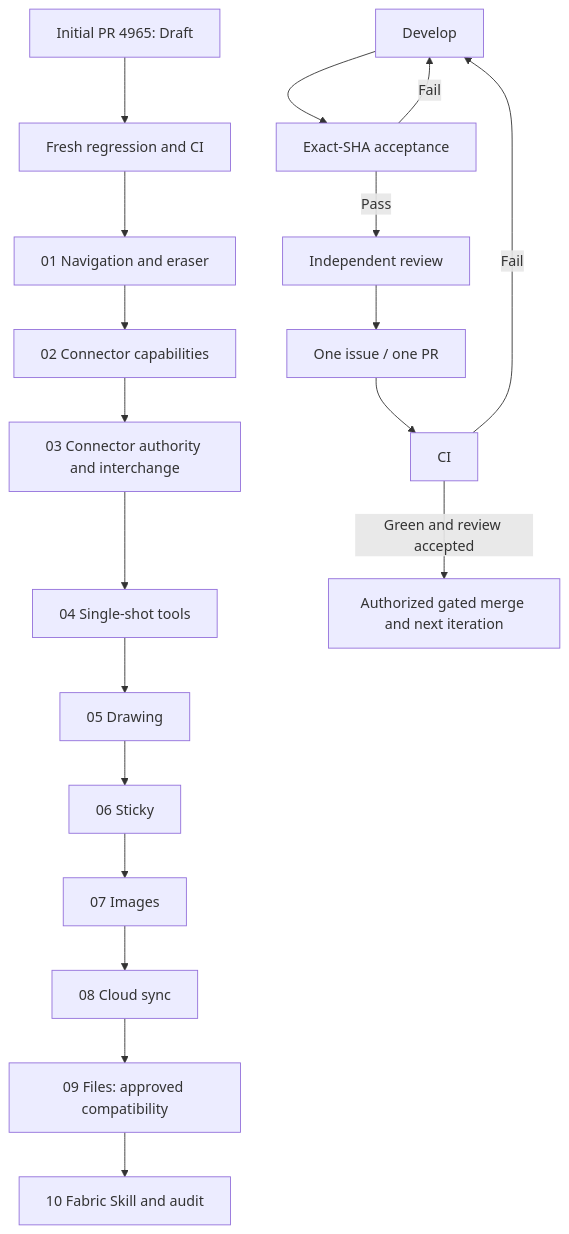
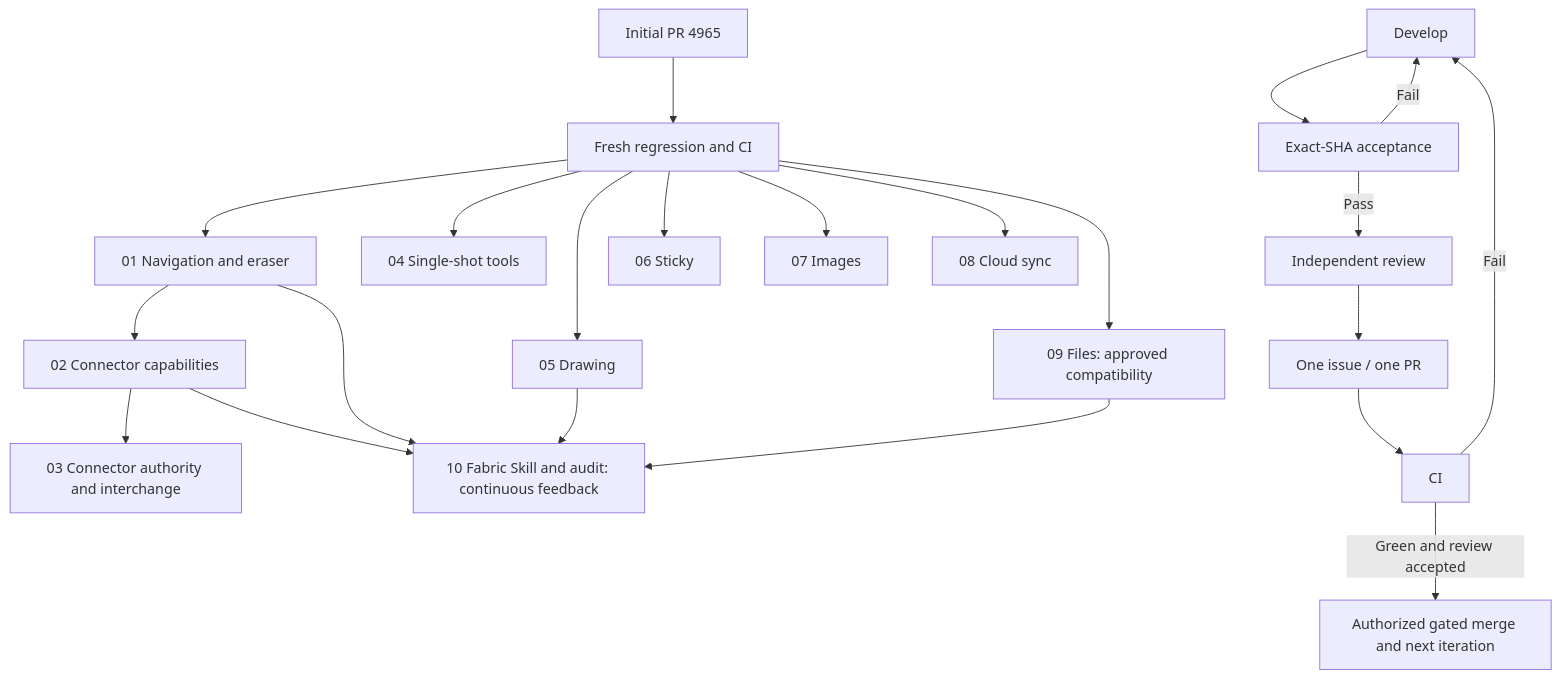
Before and after one commit to boardx/workspacex: the diagram in docs/design/board-ux-next-10-iterations.md, drawn with Mermaid. The commit also changed other lines of this file and 6 other files, not shown here.

````diff
--- a/docs/design/board-ux-next-10-iterations.md
+++ b/docs/design/board-ux-next-10-iterations.md
@@ -185,21 +186,24 @@
 ```mermaid
 flowchart TD
-  P0[Initial PR 4965: Draft] --> G[Fresh regression and CI]
+  P0[Initial PR 4965] --> G[Fresh regression and CI]
   G --> R1[01 Navigation and eraser]
   R1 --> R2[02 Connector capabilities]
   R2 --> R3[03 Connector authority and interchange]
-  R3 --> R4[04 Single-shot tools]
-  R4 --> R5[05 Drawing]
-  R5 --> R6[06 Sticky]
-  R6 --> R7[07 Images]
-  R7 --> R8[08 Cloud sync]
-  R8 --> R9[09 Files: approved compatibility]
-  R9 --> R10[10 Fabric Skill and audit]
+  G --> R4[04 Single-shot tools]
+  G --> R5[05 Drawing]
+  G --> R6[06 Sticky]
+  G --> R7[07 Images]
+  G --> R8[08 Cloud sync]
+  G --> R9[09 Files: approved compatibility]
+  R1 --> R10[10 Fabric Skill and audit: continuous feedback]
+  R2 --> R10
+  R5 --> R10
+  R9 --> R10
   D[Develop] --> A[Exact-SHA acceptance]
   A -->|Fail| D
   A -->|Pass| V[Independent review]
   V --> PR[One issue / one PR]
   PR --> CI[CI]
   CI -->|Fail| D
   CI -->|Green and review accepted| N[Authorized gated merge and next iteration]
 ```
````
